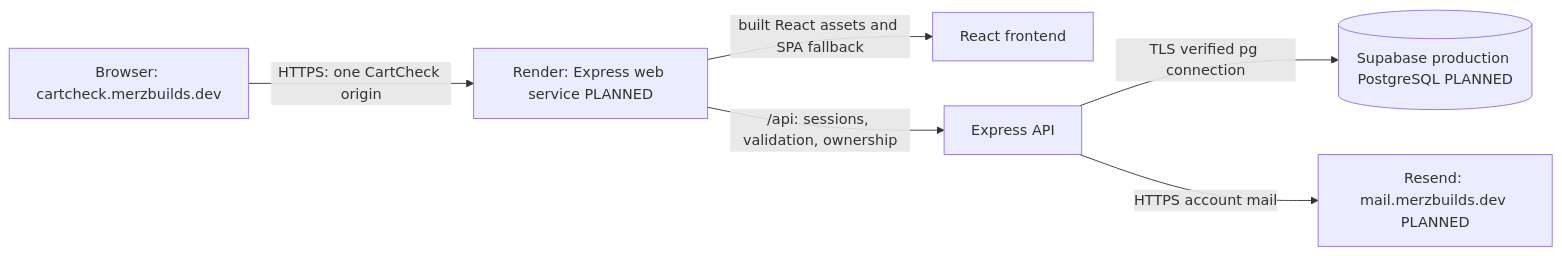
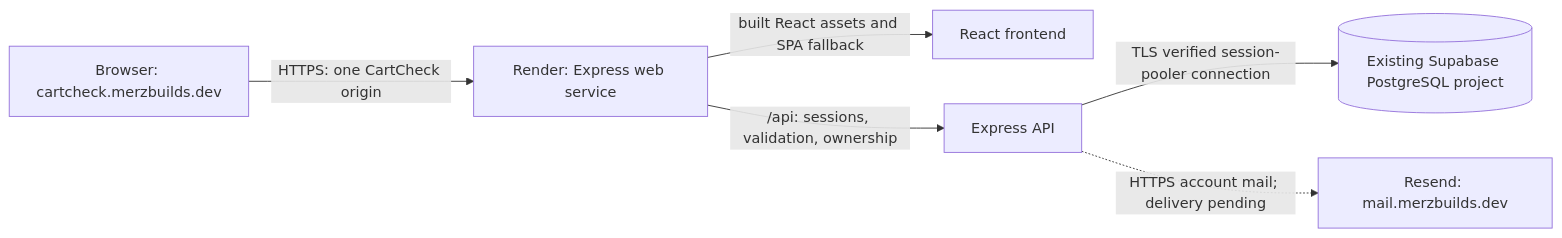
Before and after one commit to EJhayGit/CartCheck: the second of 3 diagrams in docs/architecture/SYSTEM_DESIGN.md, drawn with Mermaid. The commit also changed other lines of this file and 8 other files, not shown here.

Commit message:
docs: link live CartCheck deployment

````diff
--- a/docs/architecture/SYSTEM_DESIGN.md
+++ b/docs/architecture/SYSTEM_DESIGN.md
@@ -26,8 +26,8 @@
 ```mermaid
 flowchart LR
-    B[Browser: cartcheck.merzbuilds.dev] -->|HTTPS: one CartCheck origin| E[Render: Express web service PLANNED]
+    B[Browser: cartcheck.merzbuilds.dev] -->|HTTPS: one CartCheck origin| E[Render: Express web service]
     E -->|built React assets and SPA fallback| F[React frontend]
     E -->|/api: sessions, validation, ownership| A[Express API]
-    A -->|TLS verified pg connection| P[(Supabase production PostgreSQL PLANNED)]
-    A -->|HTTPS account mail| R[Resend: mail.merzbuilds.dev PLANNED]
+    A -->|TLS verified session-pooler connection| P[(Existing Supabase PostgreSQL project)]
+    A -.->|HTTPS account mail; delivery pending| R[Resend: mail.merzbuilds.dev]
 ```
````
